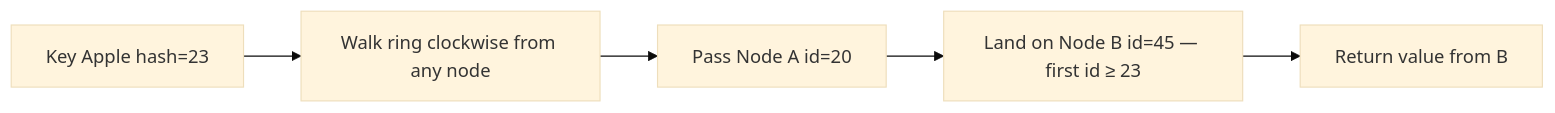
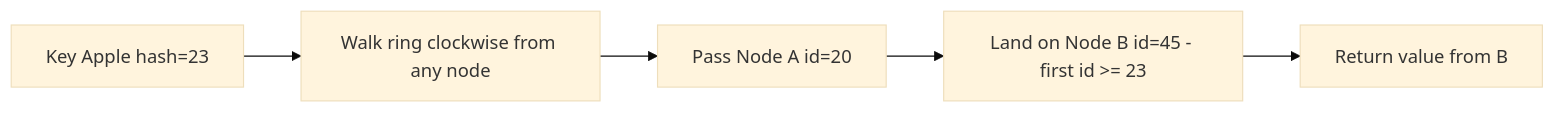
Diagram 11 of 15 in 13-advanced-topics/README.md (hareramcse/SystemDesign), drawn with Mermaid (base theme) before and after one commit. The commit also changed other lines of this file, not shown here.

````diff
--- a/13-advanced-topics/README.md
+++ b/13-advanced-topics/README.md
@@ -1942,7 +1964,7 @@
 ```mermaid
 flowchart LR
     K["Key Apple hash=23"] --> R[Walk ring clockwise from any node]
     R --> A["Pass Node A id=20"]
-    A --> B["Land on Node B id=45 — first id ≥ 23"]
+    A --> B["Land on Node B id=45 - first id >= 23"]
     B --> GET[Return value from B]
 ```
````
